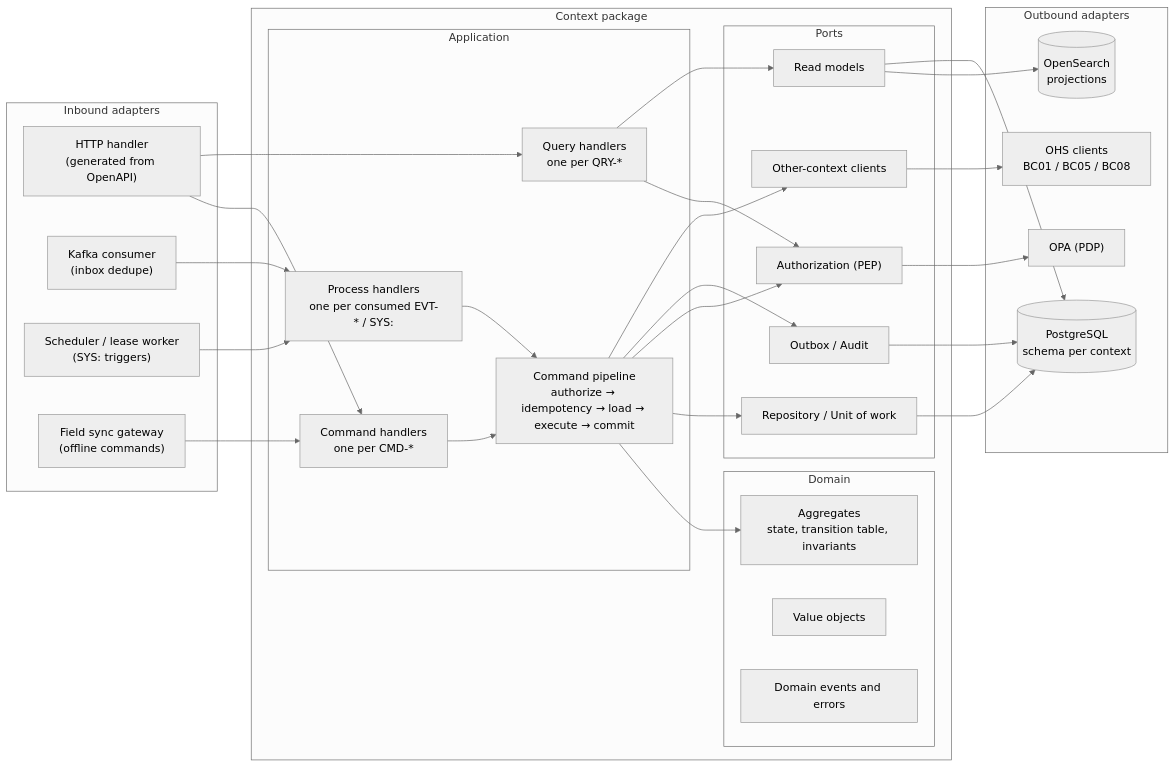
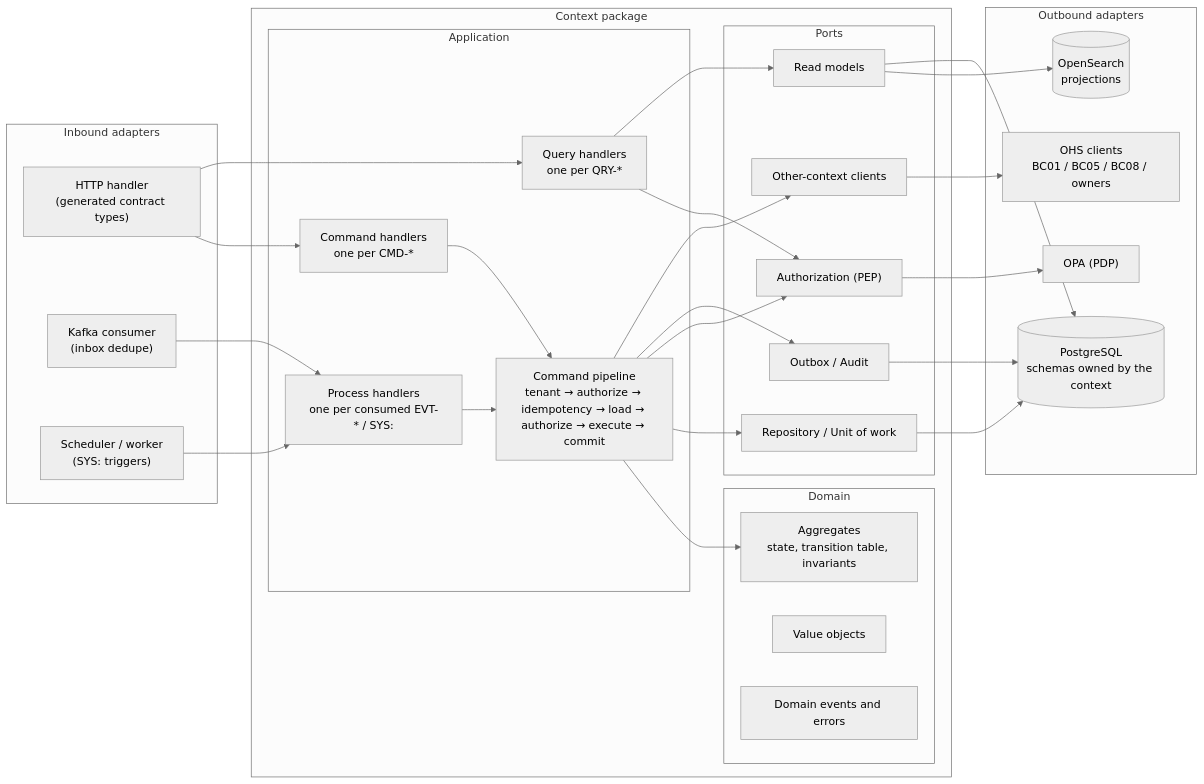
Before and after one commit to Ayoubkhattab/Planing: the first of 5 diagrams in spec/18-analysis-design/11-hexagonal-reference.md, drawn with Mermaid (neutral theme). The commit also changed other lines of this file and 6 other files, not shown here.

````diff
--- a/spec/18-analysis-design/11-hexagonal-reference.md
+++ b/spec/18-analysis-design/11-hexagonal-reference.md
@@ -17,55 +17,53 @@
 ```mermaid
 flowchart LR
   subgraph IN["Inbound adapters"]
-    HTTP["HTTP handler<br/>(generated from OpenAPI)"]
+    HTTP["HTTP handler<br/>(generated contract types)"]
     KC["Kafka consumer<br/>(inbox dedupe)"]
-    SCH["Scheduler / lease worker<br/>(SYS: triggers)"]
-    SYNC["Field sync gateway<br/>(offline commands)"]
+    SCH["Scheduler / worker<br/>(SYS: triggers)"]
   end
   subgraph CORE["Context package"]
     subgraph APP["Application"]
       CH["Command handlers<br/>one per CMD-*"]
       QH["Query handlers<br/>one per QRY-*"]
       PH["Process handlers<br/>one per consumed EVT-* / SYS:"]
-      PIPE["Command pipeline<br/>authorize → idempotency → load → execute → commit"]
+      PIPE["Command pipeline<br/>tenant → authorize → idempotency → load → authorize → execute → commit"]
     end
     subgraph DOM["Domain"]
       AGG["Aggregates<br/>state, transition table, invariants"]
       VO["Value objects"]
       DE["Domain events and errors"]
     end
     subgraph PORTS["Ports"]
       P1["Repository / Unit of work"]
       P2["Authorization (PEP)"]
       P3["Outbox / Audit"]
       P4["Read models"]
       P5["Other-context clients"]
     end
   end
   subgraph OUT["Outbound adapters"]
-    PG[("PostgreSQL<br/>schema per context")]
+    PG[("PostgreSQL<br/>schemas owned by the context")]
     OPA["OPA (PDP)"]
     OS[("OpenSearch<br/>projections")]
-    OHS["OHS clients<br/>BC01 / BC05 / BC08"]
+    OHS["OHS clients<br/>BC01 / BC05 / BC08 / owners"]
   end
   HTTP --> CH
   HTTP --> QH
   KC --> PH
   SCH --> PH
-  SYNC --> CH
   CH --> PIPE
   PH --> PIPE
   PIPE --> AGG
   PIPE --> P1
   PIPE --> P2
   PIPE --> P3
   QH --> P2
   QH --> P4
   PIPE --> P5
   P1 --> PG
   P3 --> PG
   P2 --> OPA
   P4 --> OS
   P4 --> PG
   P5 --> OHS
 ```
````
